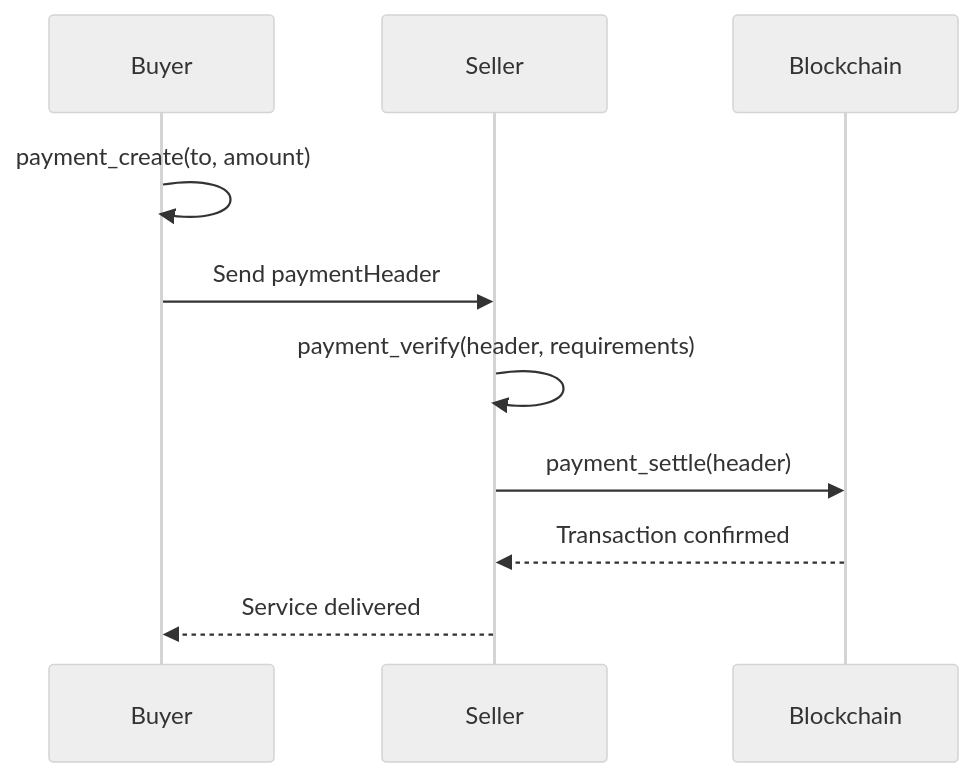
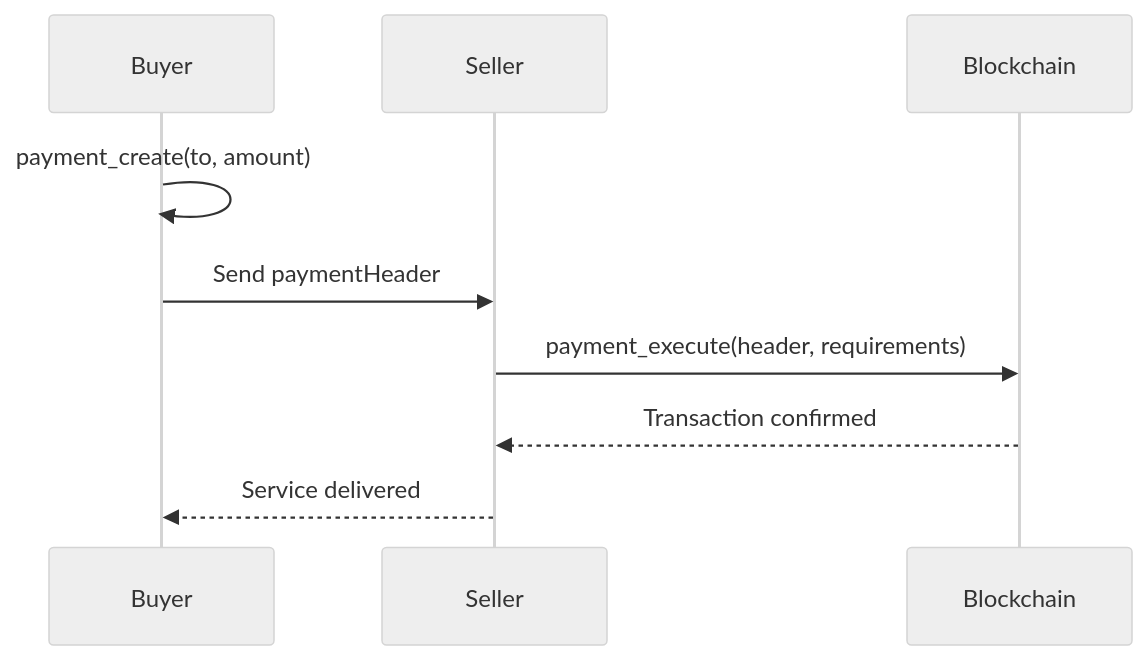
One commit to AETHER-SDK/docs changed the diagram in mcp/payment-tools.mdx. Above: the diagram before and after it, drawn with Mermaid (neutral theme). The commit also changed other lines of this file and 10 other files, not shown here.

````diff
--- a/mcp/payment-tools.mdx
+++ b/mcp/payment-tools.mdx
@@ -222,13 +155,12 @@
 ```mermaid
 sequenceDiagram
     participant Buyer
     participant Seller
     participant Blockchain
 
     Buyer->>Buyer: payment_create(to, amount)
     Buyer->>Seller: Send paymentHeader
-    Seller->>Seller: payment_verify(header, requirements)
-    Seller->>Blockchain: payment_settle(header)
+    Seller->>Blockchain: payment_execute(header, requirements)
     Blockchain-->>Seller: Transaction confirmed
     Seller-->>Buyer: Service delivered
 ```
````
